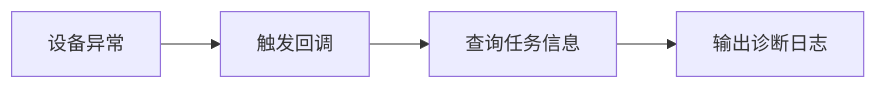
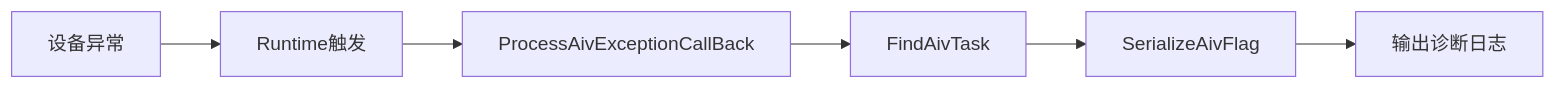
The second of 8 diagrams in docs/AIV_Task_Exception_Handler_Design.md (libochao-huawei/HCCL), drawn with Mermaid before and after one commit. The commit also changed other lines of this file, not shown here.

````diff
--- a/docs/AIV_Task_Exception_Handler_Design.md
+++ b/docs/AIV_Task_Exception_Handler_Design.md
@@ -140,6 +142,8 @@
 ```mermaid
 flowchart LR
-    A[设备异常] --> B[触发回调]
-    B --> C[查询任务信息]
-    C --> D[输出诊断日志]
+    A[设备异常] --> B[Runtime触发]
+    B --> C[ProcessAivExceptionCallBack]
+    C --> D[FindAivTask]
+    D --> E[SerializeAivFlag]
+    E --> F[输出诊断日志]
 ```
````
